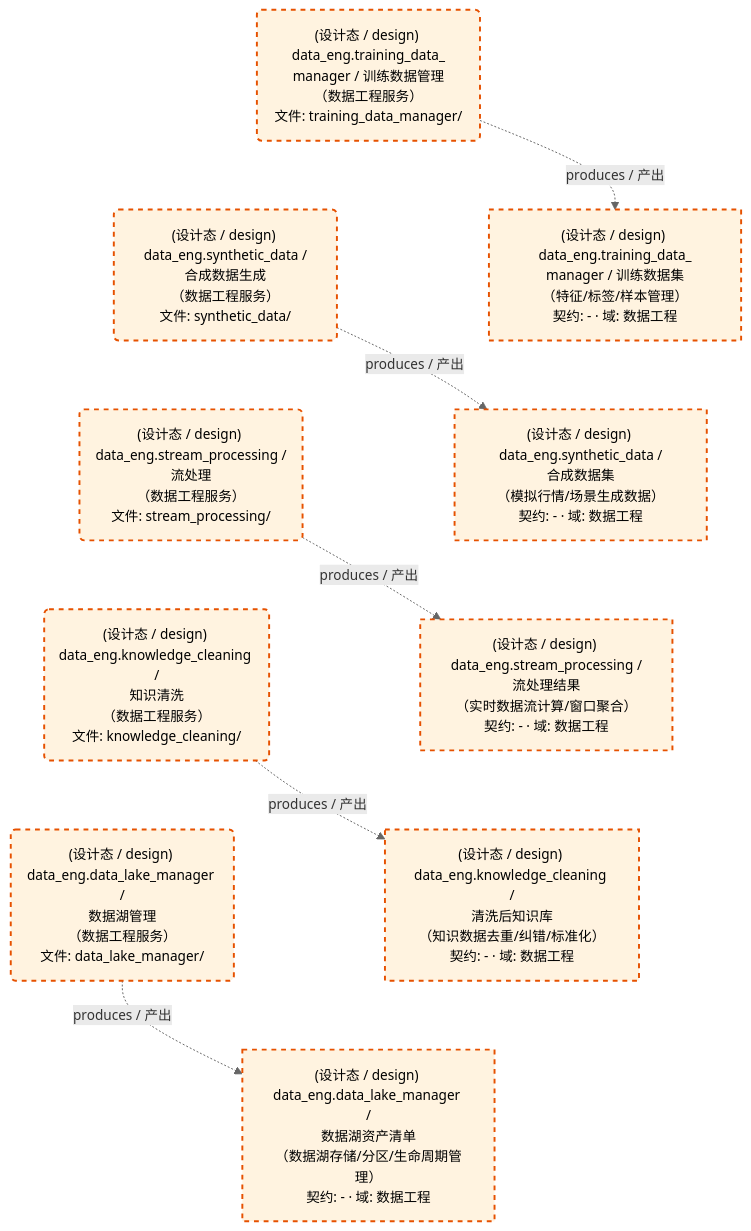
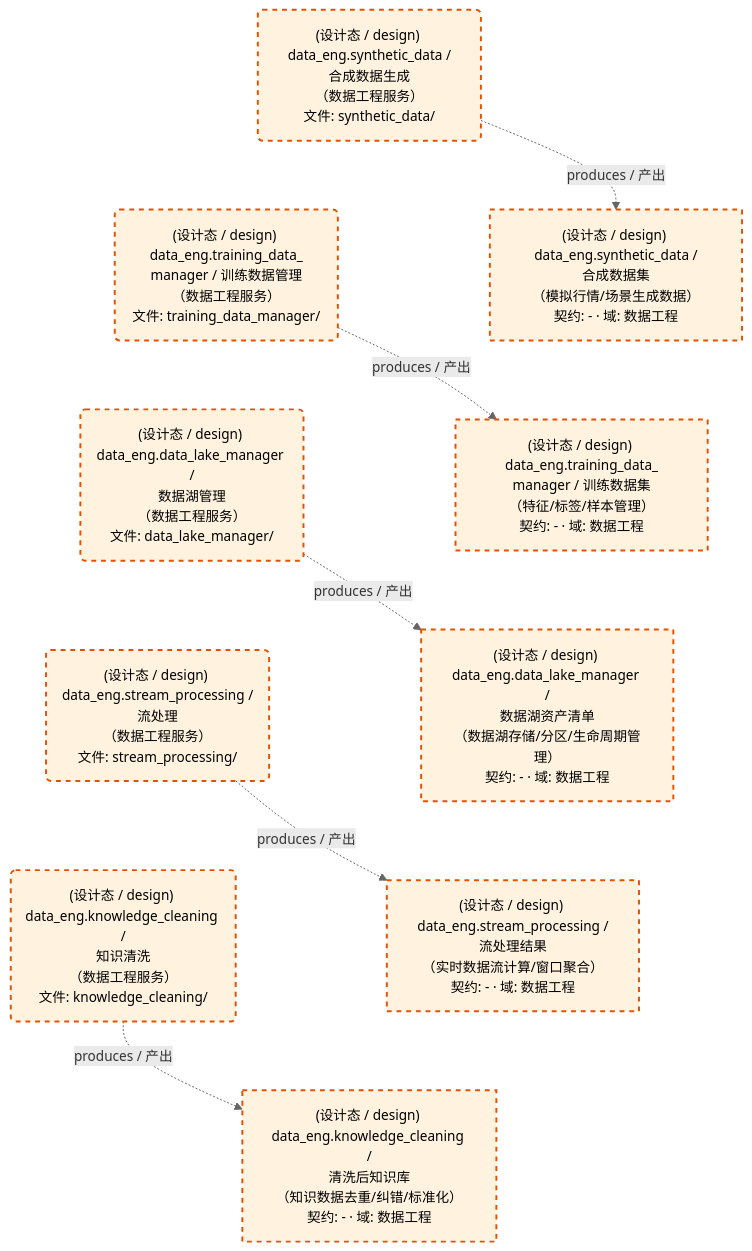
The first of 2 diagrams in docs/02_enterprise_architecture/05_dataflow_architecture/d_data_eng.md (xuanFelixVan/ZephyrAlpha), drawn with Mermaid before and after one commit. The commit also changed other lines of this file and 13 other files, not shown here.

First line of the commit message:
feat(dataflow): dataflow_production.md → dataflow_panorama.md，运营态+设计态全景一张图看完

````diff
--- a/docs/02_enterprise_architecture/05_dataflow_architecture/d_data_eng.md
+++ b/docs/02_enterprise_architecture/05_dataflow_architecture/d_data_eng.md
@@ -49,32 +49,32 @@
 ```mermaid
 %%{init: {'theme': 'base', 'themeVariables': {'primaryColor': '#eaeaea', 'primaryTextColor': '#333333', 'primaryBorderColor': '#666666', 'lineColor': '#666666', 'secondaryColor': '#eaeaea', 'tertiaryColor': '#eaeaea', 'clusterBkg': 'transparent', 'clusterBorder': 'transparent', 'fontSize': '14px'}}}%%
 flowchart TD
     DS11258["(设计态 / design) data_eng.data_lake_manager /<br/>数据湖资产清单<br/>（数据湖存储/分区/生命周期管理）<br/>契约: - · 域: 数据工程"]
     DS11259["(设计态 / design) data_eng.knowledge_cleaning /<br/>清洗后知识库<br/>（知识数据去重/纠错/标准化）<br/>契约: - · 域: 数据工程"]
     DS11260["(设计态 / design) data_eng.stream_processing /<br/>流处理结果<br/>（实时数据流计算/窗口聚合）<br/>契约: - · 域: 数据工程"]
     DS11261["(设计态 / design) data_eng.synthetic_data /<br/>合成数据集<br/>（模拟行情/场景生成数据）<br/>契约: - · 域: 数据工程"]
     DS11262["(设计态 / design) data_eng.training_data_<br/>manager / 训练数据集<br/>（特征/标签/样本管理）<br/>契约: - · 域: 数据工程"]
     JOB757622("(设计态 / design) data_eng.data_lake_manager /<br/>数据湖管理<br/>（数据工程服务）<br/>文件: data_lake_manager/")
     JOB757623("(设计态 / design) data_eng.knowledge_cleaning /<br/>知识清洗<br/>（数据工程服务）<br/>文件: knowledge_cleaning/")
     JOB757624("(设计态 / design) data_eng.stream_processing /<br/>流处理<br/>（数据工程服务）<br/>文件: stream_processing/")
     JOB757625("(设计态 / design) data_eng.synthetic_data /<br/>合成数据生成<br/>（数据工程服务）<br/>文件: synthetic_data/")
     JOB757626("(设计态 / design) data_eng.training_data_<br/>manager / 训练数据管理<br/>（数据工程服务）<br/>文件: training_data_manager/")
     JOB757622 -.->|produces / 产出| DS11258
     JOB757623 -.->|produces / 产出| DS11259
     JOB757624 -.->|produces / 产出| DS11260
     JOB757625 -.->|produces / 产出| DS11261
     JOB757626 -.->|produces / 产出| DS11262
-    JOB757626 ~~~ JOB757625
-    JOB757625 ~~~ JOB757624
+    JOB757625 ~~~ JOB757626
+    JOB757626 ~~~ JOB757622
+    JOB757622 ~~~ JOB757624
     JOB757624 ~~~ JOB757623
-    JOB757623 ~~~ JOB757622
-    DS11262 ~~~ DS11261
-    DS11261 ~~~ DS11260
+    DS11261 ~~~ DS11262
+    DS11262 ~~~ DS11258
+    DS11258 ~~~ DS11260
     DS11260 ~~~ DS11259
-    DS11259 ~~~ DS11258
     classDef production fill:#e1f5fe,stroke:#01579b,stroke-width:2px,color:#000
     classDef design fill:#fff3e0,stroke:#e65100,stroke-width:2px,color:#000,stroke-dasharray: 5 5
     classDef external_prod fill:#e8f4fd,stroke:#0277bd,stroke-width:1px,color:#000
     classDef external_design fill:#fff8e7,stroke:#ef6c00,stroke-width:1px,color:#000,stroke-dasharray: 5 5
     class DS11258,DS11259,DS11260,DS11261,DS11262,JOB757622,JOB757623,JOB757624,JOB757625,JOB757626 design
 ```
````
